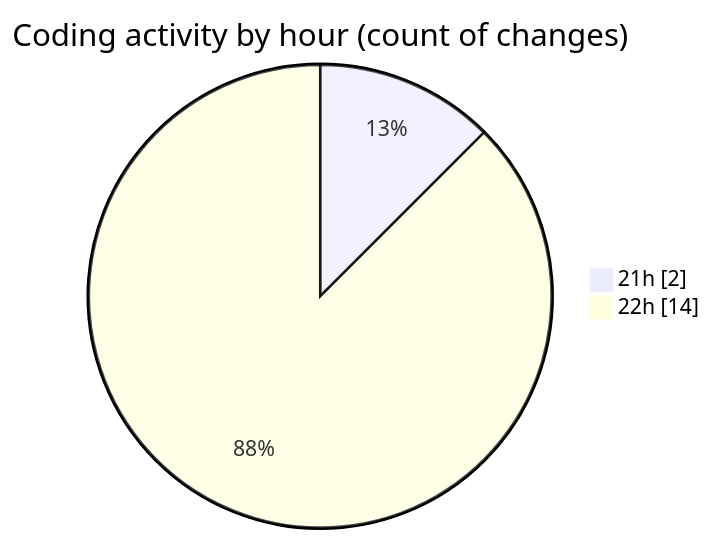
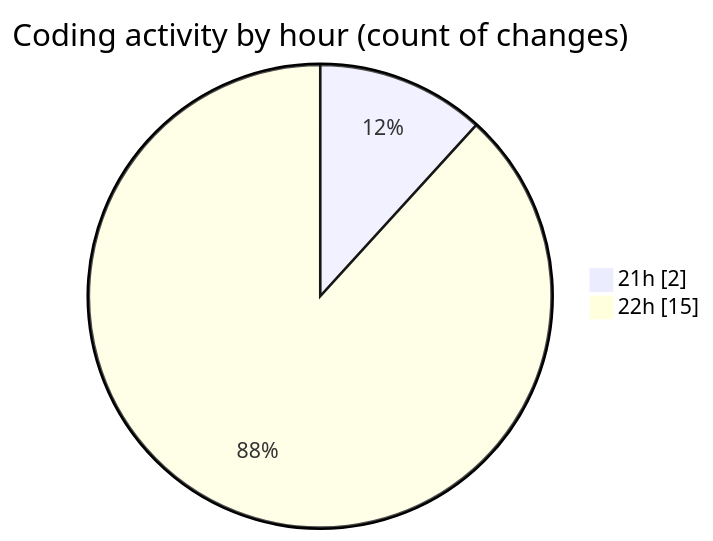
Before and after one commit to Elitesun/code-tracking: the second of 2 diagrams in 2025-02-20/projet/README.md, drawn with Mermaid. The commit also changed other lines of this file and 1 other file, not shown here.

````diff
--- a/2025-02-20/projet/README.md
+++ b/2025-02-20/projet/README.md
@@ -33,6 +33,6 @@
 ```mermaid
 pie showData
 title Coding activity by hour (count of changes)
 "21h" : 2
-"22h" : 14
+"22h" : 15
 ```
````
